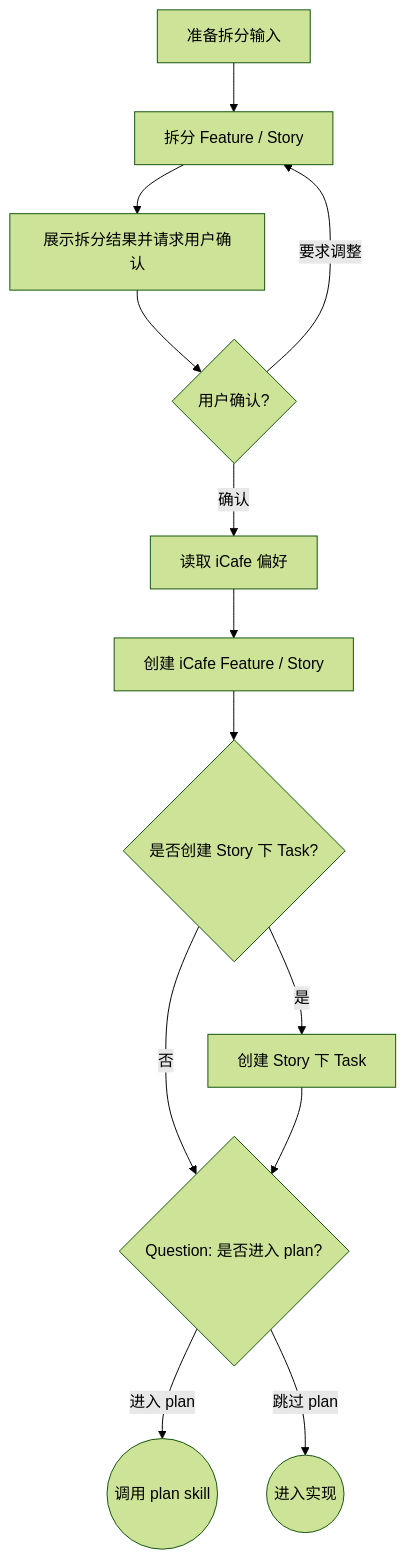
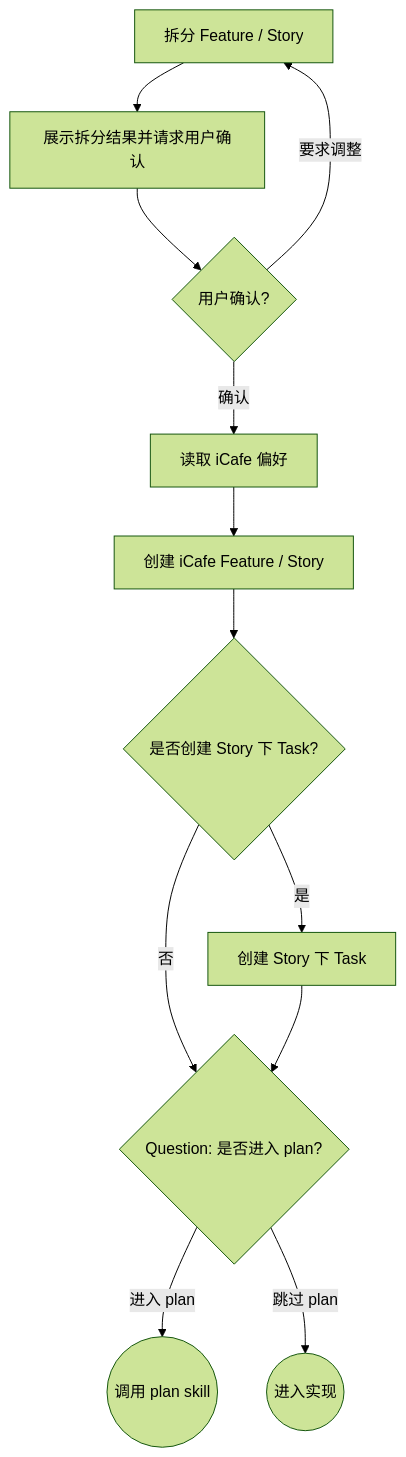
One commit to BaiduComate/mission-flow changed the diagram in skills/split/SKILL.md. Above: the diagram before and after it, drawn with Mermaid (forest theme). The commit also changed other lines of this file, not shown here.

````diff
--- a/skills/split/SKILL.md
+++ b/skills/split/SKILL.md
@@ -139,15 +124,14 @@
 ```mermaid
 flowchart TD
-    A[准备拆分输入] --> B[拆分 Feature / Story]
-    B --> C[展示拆分结果并请求用户确认]
+    B[拆分 Feature / Story] --> C[展示拆分结果并请求用户确认]
     C --> D{用户确认?}
     D -->|要求调整| B
     D -->|确认| E[读取 iCafe 偏好]
     E --> F[创建 iCafe Feature / Story]
     F --> T{是否创建 Story 下 Task?}
     T -->|是| U[创建 Story 下 Task]
     T -->|否| G{Question: 是否进入 plan?}
     U --> G
     G -->|进入 plan| H((调用 plan skill))
     G -->|跳过 plan| I((进入实现))
 ```
````
